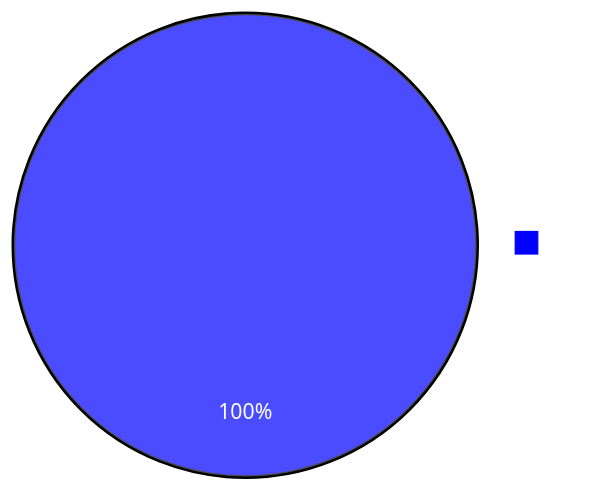
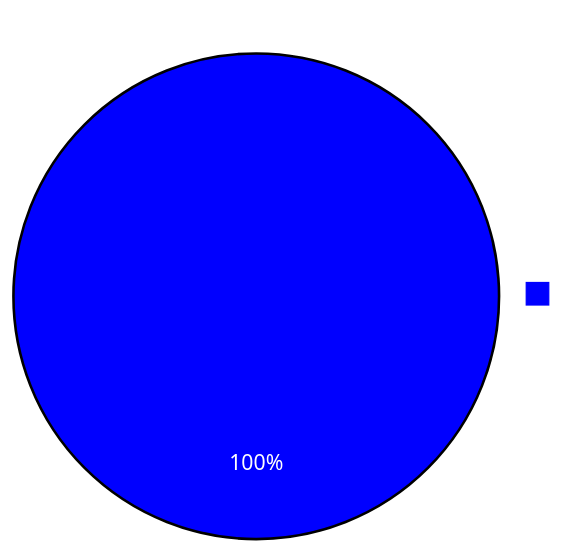
Before and after one commit to desenvolvimento03onnet/onnet-comissao-api: the first of 2 diagrams in README.md, drawn with Mermaid.

Commit message:
Nono Commit, Alterações README

````diff
--- a/README.md
+++ b/README.md
@@ -51,13 +53,13 @@
 ```mermaid
     %%{
       init: {
         'theme': 'base',
         'themeVariables': {
           'pie1': '#0000FF',
           'primaryTextColor': '#FFFFFF'
         }
       }
     }%%
-    pie
-    "Rotas" : 100
+    pie title Rotas
+    "" : 100
 ```
````
